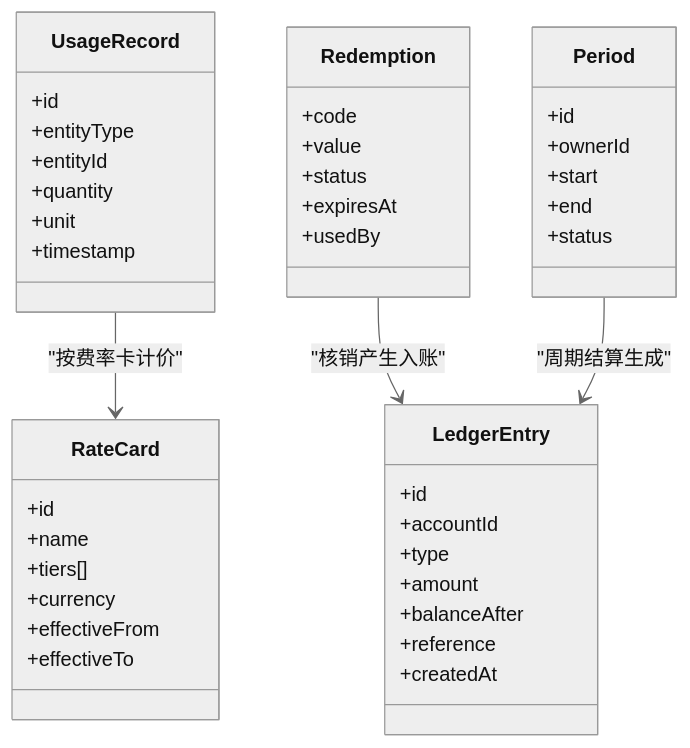
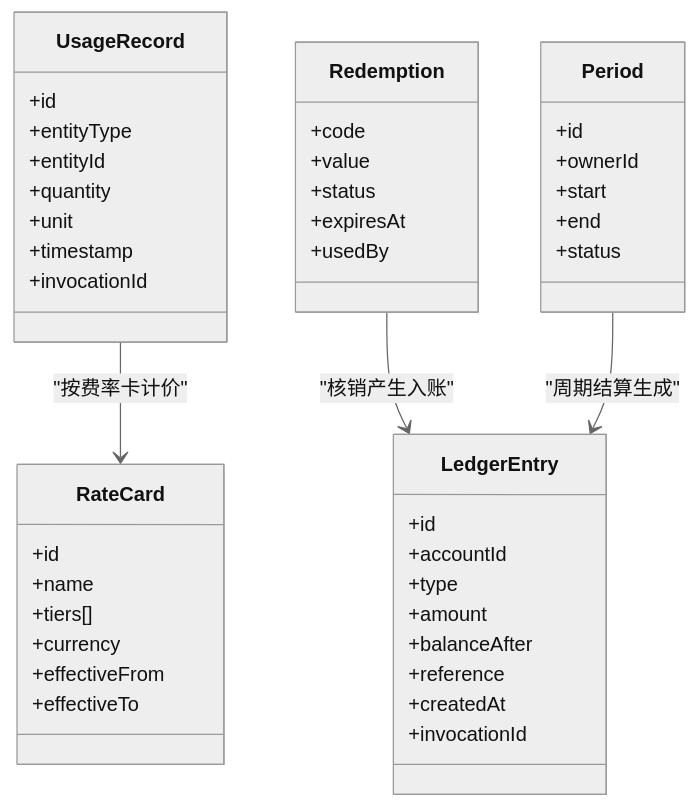
Before and after one commit to scottcwy/PurpleInk: the sixth of 14 diagrams in .qoder/repowiki/zh/content/项目概述/计费配置/计费和会计账簿系统.md, drawn with Mermaid (neutral theme). The commit also changed other lines of this file and 48 other files, not shown here.

````diff
--- a/.qoder/repowiki/zh/content/项目概述/计费配置/计费和会计账簿系统.md
+++ b/.qoder/repowiki/zh/content/项目概述/计费配置/计费和会计账簿系统.md
@@ -235,45 +332,47 @@
 ```mermaid
 classDiagram
 class UsageRecord {
 +id
 +entityType
 +entityId
 +quantity
 +unit
 +timestamp
++invocationId
 }
 class RateCard {
 +id
 +name
 +tiers[]
 +currency
 +effectiveFrom
 +effectiveTo
 }
 class Redemption {
 +code
 +value
 +status
 +expiresAt
 +usedBy
 }
 class Period {
 +id
 +ownerId
 +start
 +end
 +status
 }
 class LedgerEntry {
 +id
 +accountId
 +type
 +amount
 +balanceAfter
 +reference
 +createdAt
++invocationId
 }
 UsageRecord --> RateCard : "按费率卡计价"
 Redemption --> LedgerEntry : "核销产生入账"
 Period --> LedgerEntry : "周期结算生成"
 ```
````
